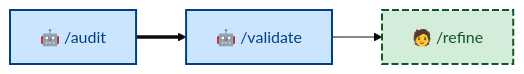
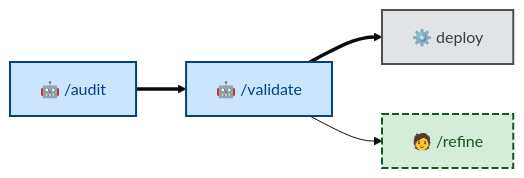
Before and after one commit to kieranpotts/skills: the diagram in skills/validate/README.md, drawn with Mermaid (base theme). The commit also changed other lines of this file and 25 other files, not shown here.

````diff
--- a/skills/validate/README.md
+++ b/skills/validate/README.md
@@ -13,12 +13,15 @@
 ```mermaid
 flowchart LR
   audit["🤖 /audit"]:::primary
   validate["🤖 /validate"]:::primary
+  deploy["⚙️ deploy"]:::scripted
   refine["🧑 /refine"]:::secondary
 
   audit ==> validate
+  validate ==> deploy
   validate --> refine
 
   classDef primary fill:#cce5ff,stroke:#004085,color:#004085,stroke-width:2px
   classDef secondary fill:#d4edda,stroke:#155724,color:#155724,stroke-width:2px,stroke-dasharray:7 3
+  classDef scripted fill:#e2e3e5,stroke:#4b5157,color:#383d41,stroke-width:2px
 ```
````
